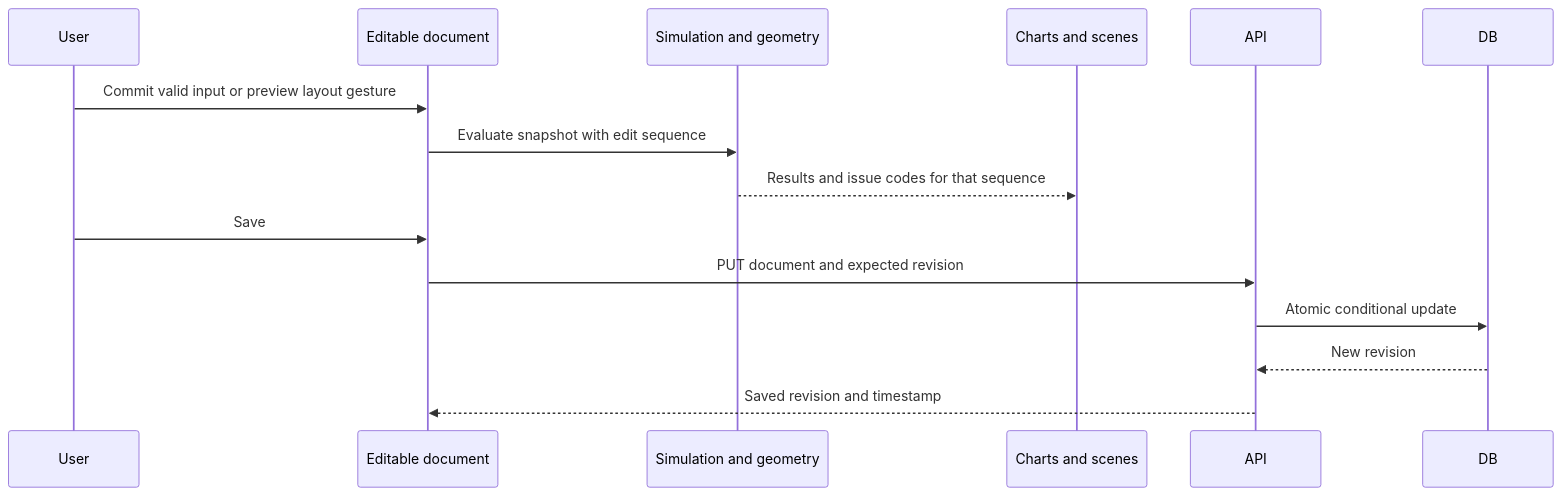
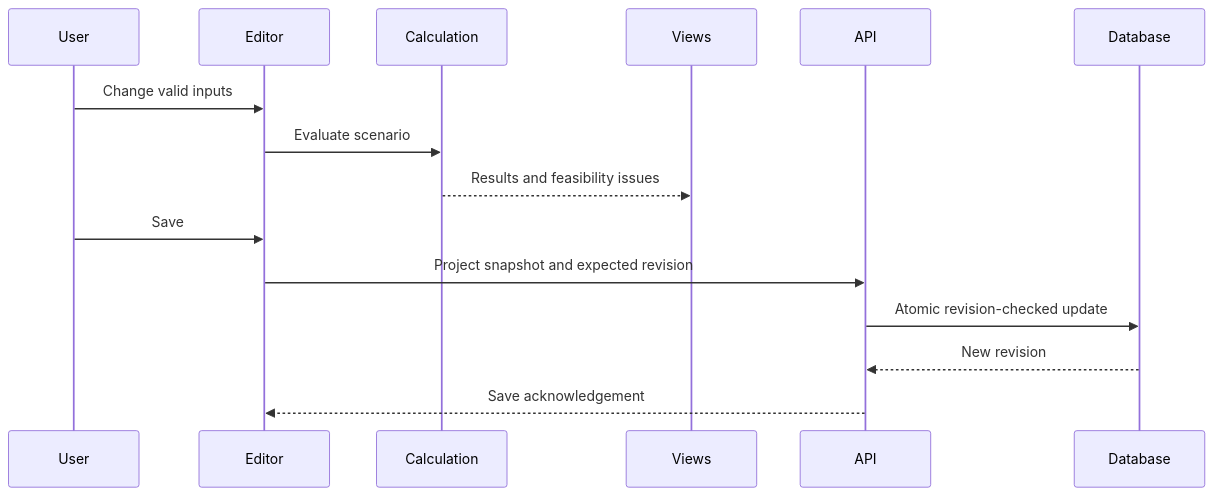
Before and after one commit to The-Sims-Digipen/Fleet-Project: the second of 2 diagrams in docs/tech/architecture.md, drawn with Mermaid. The commit also changed other lines of this file and 14 other files, not shown here.

````diff
--- a/docs/tech/architecture.md
+++ b/docs/tech/architecture.md
@@ -48,17 +42,17 @@
 ```mermaid
 sequenceDiagram
   participant User
-  participant Editor as Editable document
-  participant Engine as Simulation and geometry
-  participant Views as Charts and scenes
+  participant Editor
+  participant Calculation
+  participant Views
   participant API
-  participant DB
-  User->>Editor: Commit valid input or preview layout gesture
-  Editor->>Engine: Evaluate snapshot with edit sequence
-  Engine-->>Views: Results and issue codes for that sequence
+  participant Database
+  User->>Editor: Change valid inputs
+  Editor->>Calculation: Evaluate scenario
+  Calculation-->>Views: Results and feasibility issues
   User->>Editor: Save
-  Editor->>API: PUT document and expected revision
-  API->>DB: Atomic conditional update
-  DB-->>API: New revision
-  API-->>Editor: Saved revision and timestamp
+  Editor->>API: Project snapshot and expected revision
+  API->>Database: Atomic revision-checked update
+  Database-->>API: New revision
+  API-->>Editor: Save acknowledgement
 ```
````
